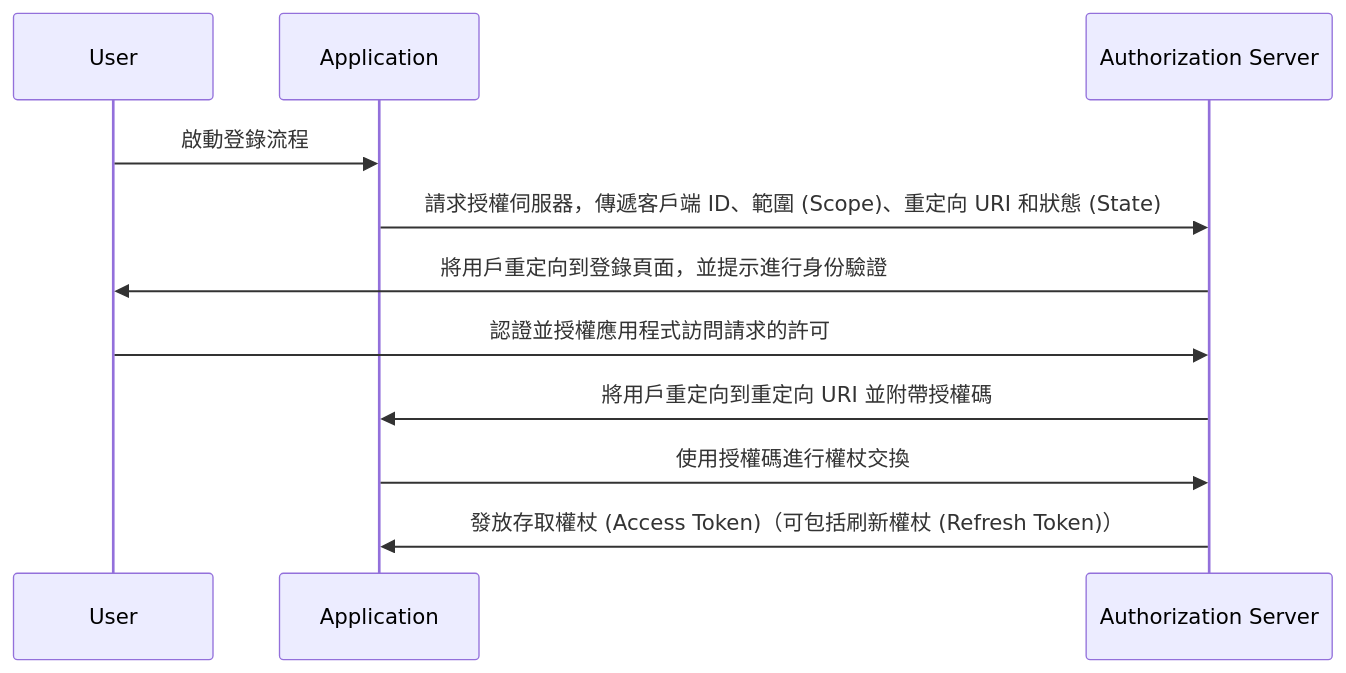
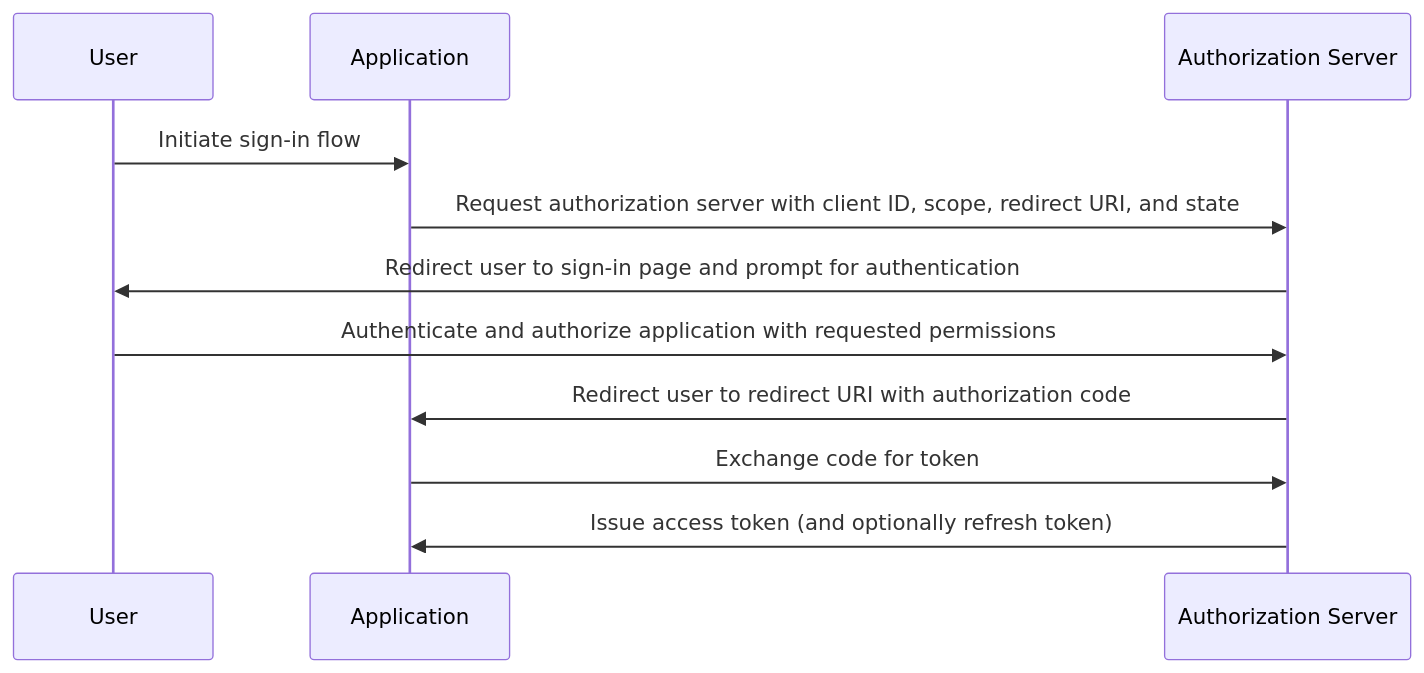
The diagram in src/content/terms/zh-Hant/authorization-code-flow.mdx (logto-io/auth-wiki), drawn with Mermaid before and after one commit. The commit also changed other lines of this file and 95 other files, not shown here.

````diff
--- a/src/content/terms/zh-Hant/authorization-code-flow.mdx
+++ b/src/content/terms/zh-Hant/authorization-code-flow.mdx
@@ -25,14 +27,14 @@
 ```mermaid
 sequenceDiagram
     participant User
     participant Application
     participant Authorization Server
 
-    User->>Application: 啟動登錄流程
-    Application->>Authorization Server: 請求授權伺服器，傳遞客戶端 ID、範圍 (Scope)、重定向 URI 和狀態 (State)
-    Authorization Server->>User: 將用戶重定向到登錄頁面，並提示進行身份驗證
-    User->>Authorization Server: 認證並授權應用程式訪問請求的許可
-    Authorization Server->>Application: 將用戶重定向到重定向 URI 並附帶授權碼
-    Application->>Authorization Server: 使用授權碼進行權杖交換
-    Authorization Server->>Application: 發放存取權杖 (Access Token)（可包括刷新權杖 (Refresh Token)）
+    User->>Application: Initiate sign-in flow
+    Application->>Authorization Server: Request authorization server with client ID, scope, redirect URI, and state
+    Authorization Server->>User: Redirect user to sign-in page and prompt for authentication
+    User->>Authorization Server: Authenticate and authorize application with requested permissions
+    Authorization Server->>Application: Redirect user to redirect URI with authorization code
+    Application->>Authorization Server: Exchange code for token
+    Authorization Server->>Application: Issue access token (and optionally refresh token)
 ```
````
